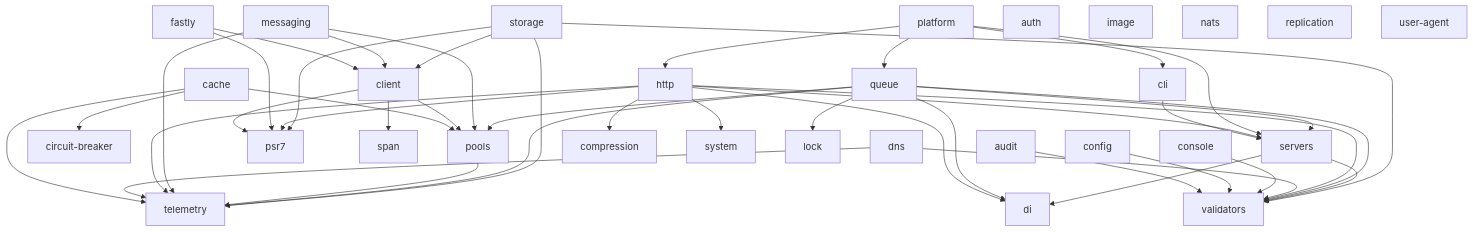
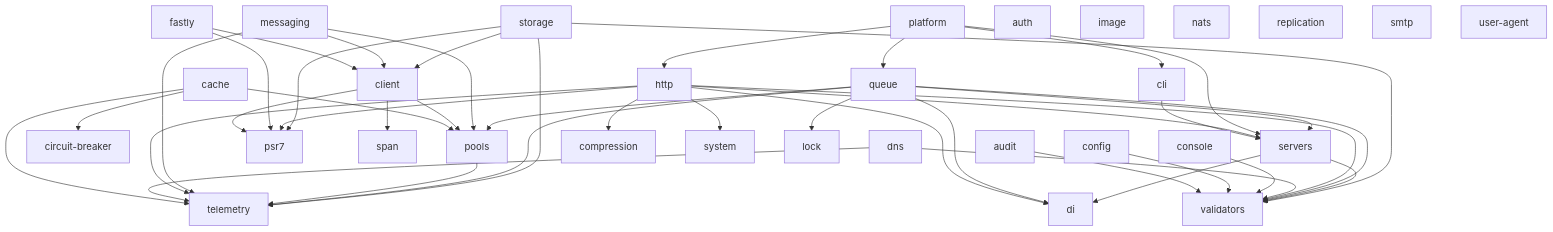
Before and after one commit to utopia-php/monorepo: the diagram in README.md, drawn with Mermaid. The commit also changed 7 other files, not shown here.

````diff
--- a/README.md
+++ b/README.md
@@ -48,49 +48,50 @@
 ```mermaid
 graph TD
     audit --> validators
     cache --> circuit-breaker
     cache --> pools
     cache --> telemetry
     cli --> servers
     client --> pools
     client --> psr7
     client --> span
     config --> validators
     console --> validators
     dns --> telemetry
     dns --> validators
     fastly --> client
     fastly --> psr7
     http --> di
     http --> servers
     http --> compression
     http --> psr7
     http --> telemetry
     http --> validators
     http --> system
     messaging --> client
     messaging --> pools
     messaging --> telemetry
     platform --> cli
     platform --> http
     platform --> queue
     platform --> servers
     pools --> telemetry
     queue --> di
     queue --> lock
     queue --> servers
     queue --> pools
     queue --> telemetry
     queue --> validators
     servers --> di
     servers --> validators
     storage --> telemetry
     storage --> validators
     storage --> client
     storage --> psr7
     auth
     image
     nats
     replication
+    smtp
     user-agent
 ```
````
